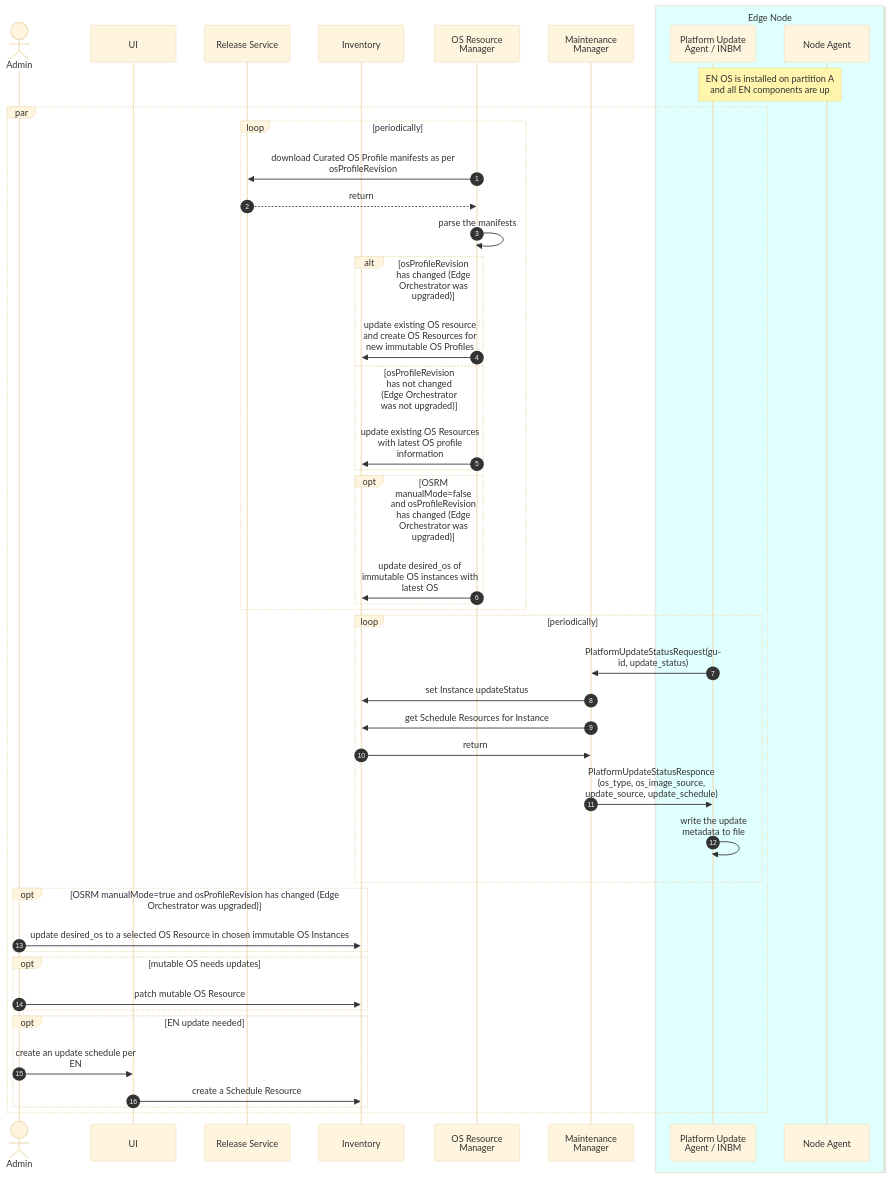
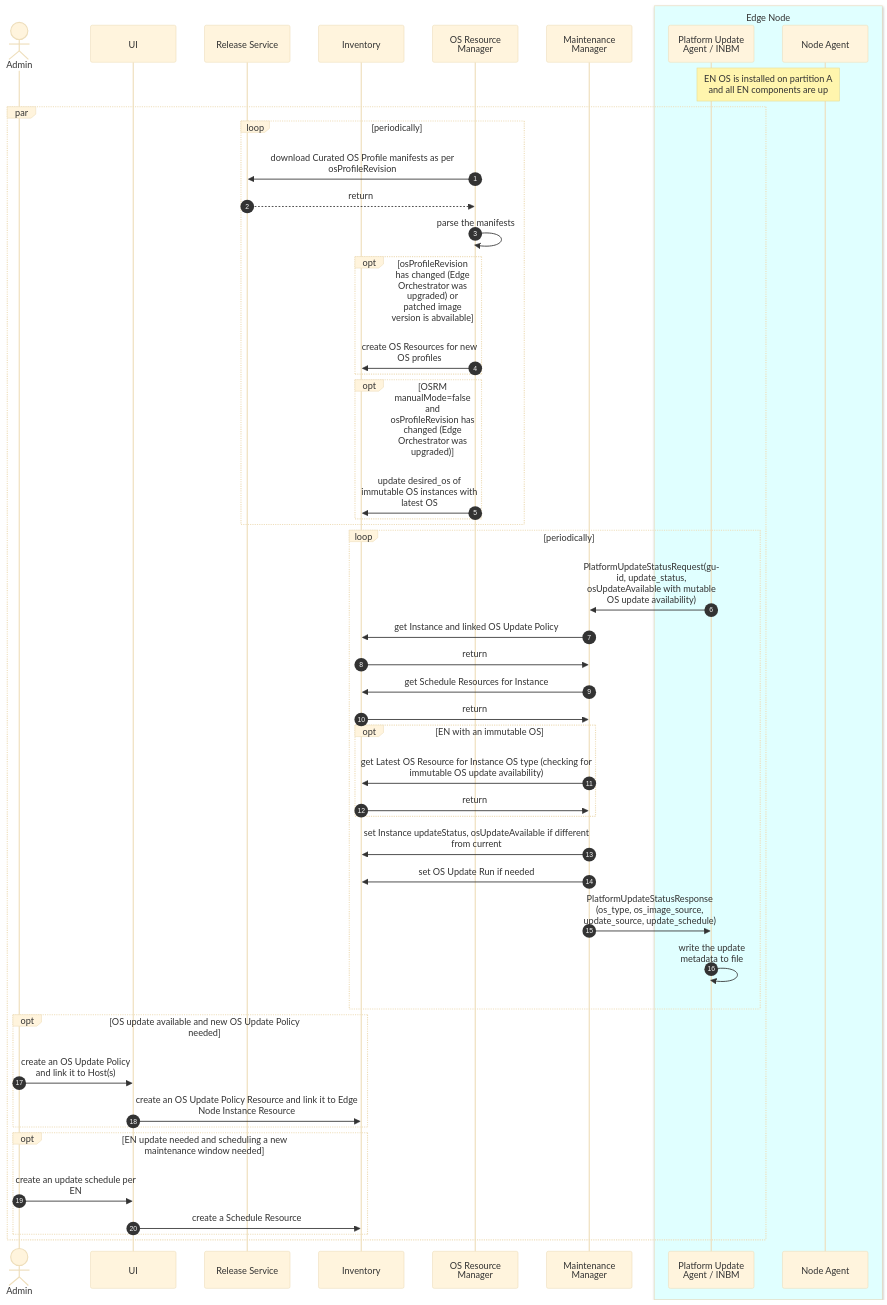
One commit to open-edge-platform/edge-manage-docs changed the first of 3 diagrams in docs/developer_guide/infra_manager/arch/day2_flow.rst. Above: the diagram before and after it, drawn with Mermaid (base theme). The commit also changed other lines of this file and 15 other files, not shown here.

First line of the commit message:
Update day2 flow (#258)

```diff
--- a/docs/developer_guide/infra_manager/arch/day2_flow.rst
+++ b/docs/developer_guide/infra_manager/arch/day2_flow.rst
@@ -74,53 +71,56 @@
 .. mermaid::
 
    sequenceDiagram
    %%{wrap}%%
    autonumber
 
    actor a as Admin
    participant ui as UI
    participant reg as Release Service
    participant inv as Inventory
    participant osrm as OS Resource Manager
    participant mm as Maintenance Manager
    box LightCyan Edge Node
      participant pua as Platform Update Agent / INBM
      participant na as Node Agent
    end
 
    note over pua, na: EN OS is installed on partition A and all EN components are up
 
     par
 
         loop periodically
             osrm->>reg: download Curated OS Profile manifests as per osProfileRevision
             reg-->>osrm: return
             osrm->>osrm: parse the manifests
-            alt osProfileRevision has changed (Edge Orchestrator was upgraded)
-                osrm->>inv: update existing OS resource and create OS Resources for new immutable OS Profiles
-            else osProfileRevision has not changed (Edge Orchestrator was not upgraded)
-                osrm->>inv: update existing OS Resources with latest OS profile information
+            opt osProfileRevision has changed (Edge Orchestrator was upgraded) or patched image version is abvailable
+                osrm->>inv: create OS Resources for new OS profiles
             end
             opt OSRM manualMode=false and osProfileRevision has changed (Edge Orchestrator was upgraded)
                 osrm->>inv: update desired_os of immutable OS instances with latest OS
             end
         end
         loop periodically
-            pua->>mm: PlatformUpdateStatusRequest(guid, update_status)
-            mm->>inv: set Instance updateStatus
+            pua->>mm: PlatformUpdateStatusRequest(guid, update_status, osUpdateAvailable with mutable OS update availability)
+            mm->>inv: get Instance and linked OS Update Policy
+            inv->>mm: return
             mm->>inv: get Schedule Resources for Instance
             inv->>mm: return
-            mm->>pua: PlatformUpdateStatusResponce (os_type, os_image_source, update_source, update_schedule)
+            opt EN with an immutable OS
+                mm->>inv: get Latest OS Resource for Instance OS type (checking for immutable OS update availability)
+                inv->>mm: return
+            end
+            mm->>inv: set Instance updateStatus, osUpdateAvailable if different from current
+            mm->>inv: set OS Update Run if needed
+            mm->>pua: PlatformUpdateStatusResponse (os_type, os_image_source, update_source, update_schedule)
             pua->>pua: write the update metadata to file
         end
-        opt OSRM manualMode=true and osProfileRevision has changed (Edge Orchestrator was upgraded)
-            a->>inv: update desired_os to a selected OS Resource in chosen immutable OS Instances
+        opt OS update available and new OS Update Policy needed
+            a->>ui: create an OS Update Policy and link it to Host(s)
+            ui->>inv: create an OS Update Policy Resource and link it to Edge Node Instance Resource
         end
-        opt mutable OS needs updates
-            a->>inv: patch mutable OS Resource
-        end
-        opt EN update needed
+        opt EN update needed and scheduling a new maintenance window needed
             a->>ui: create an update schedule per EN
             ui->>inv: create a Schedule Resource
         end
     end
```
